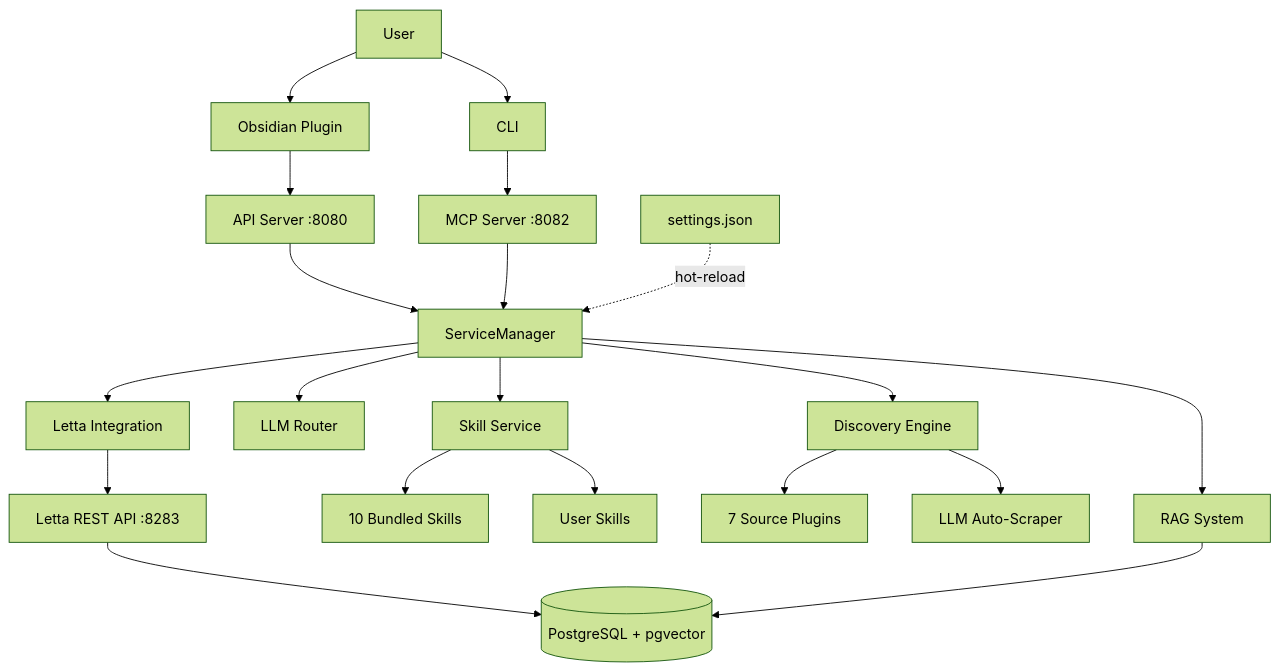
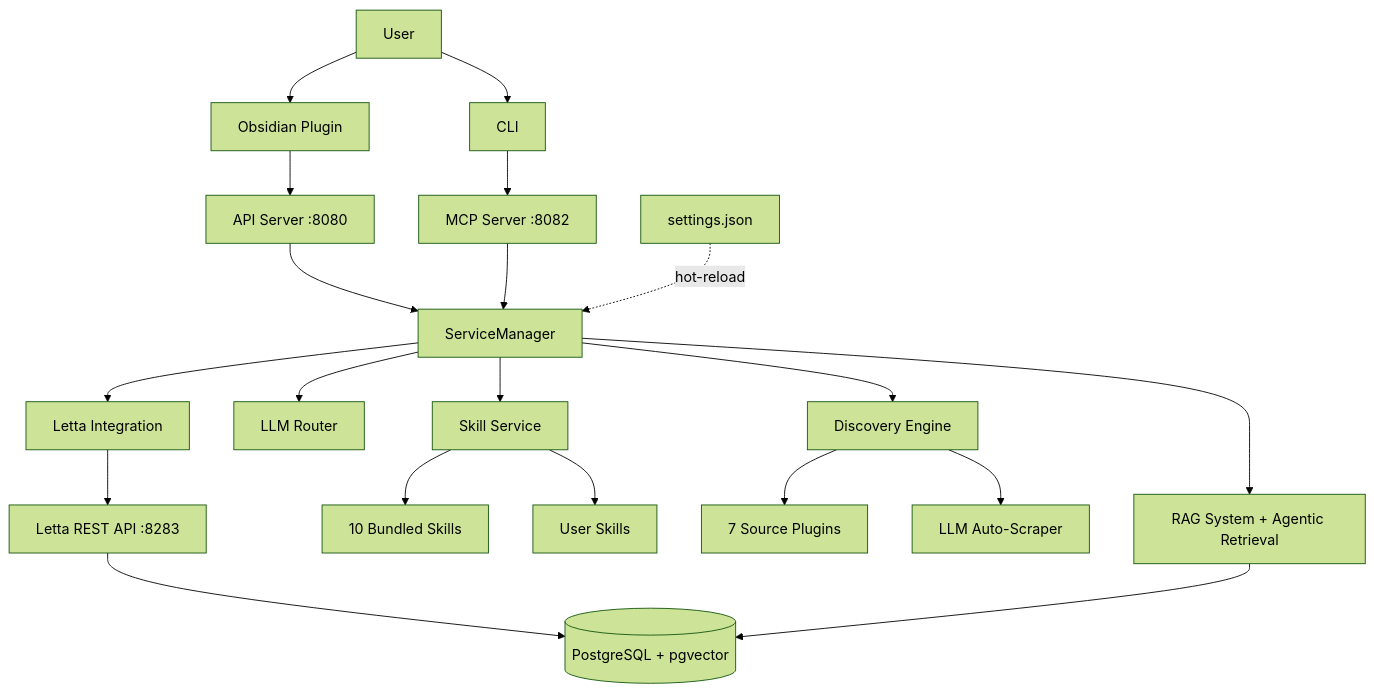
The diagram in docs/architecture.md (acertainKnight/project-thoth), drawn with Mermaid (forest theme) before and after one commit. The commit also changed other lines of this file and 13 other files, not shown here.

First line of the commit message:
chore(docs): Update documentation and configuration for agentic retrieval

````diff
--- a/docs/architecture.md
+++ b/docs/architecture.md
@@ -26,30 +26,30 @@
 ```mermaid
 graph TD
     User[User] --> ObsidianPlugin[Obsidian Plugin]
     User --> CLI[CLI]
 
     ObsidianPlugin --> APIServer[API Server :8080]
     CLI --> MCPServer[MCP Server :8082]
 
     APIServer --> ServiceManager
     MCPServer --> ServiceManager
 
     ServiceManager --> SkillService[Skill Service]
     ServiceManager --> LLMRouter[LLM Router]
-    ServiceManager --> RAGService[RAG System]
+    ServiceManager --> RAGService[RAG System + Agentic Retrieval]
     ServiceManager --> DiscoveryEngine[Discovery Engine]
     ServiceManager --> LettaIntegration[Letta Integration]
 
     SkillService --> BundledSkills[10 Bundled Skills]
     SkillService --> VaultSkills[User Skills]
 
     DiscoveryEngine --> Plugins[7 Source Plugins]
     DiscoveryEngine --> AutoScraper[LLM Auto-Scraper]
 
     LettaIntegration --> LettaAPI[Letta REST API :8283]
     LettaAPI --> PostgresVector[(PostgreSQL + pgvector)]
 
     RAGService --> PostgresVector
 
     SettingsJSON[settings.json] -.->|hot-reload| ServiceManager
 ```
````
